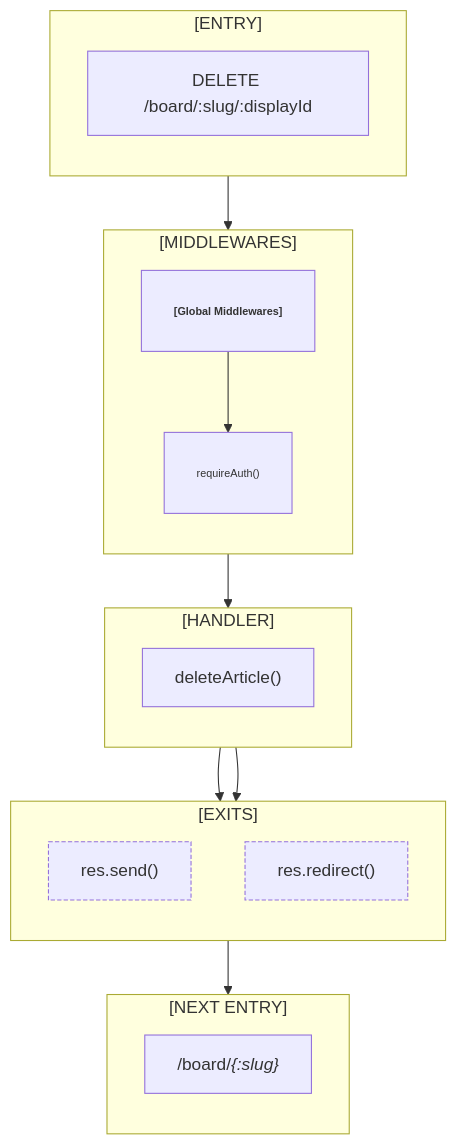
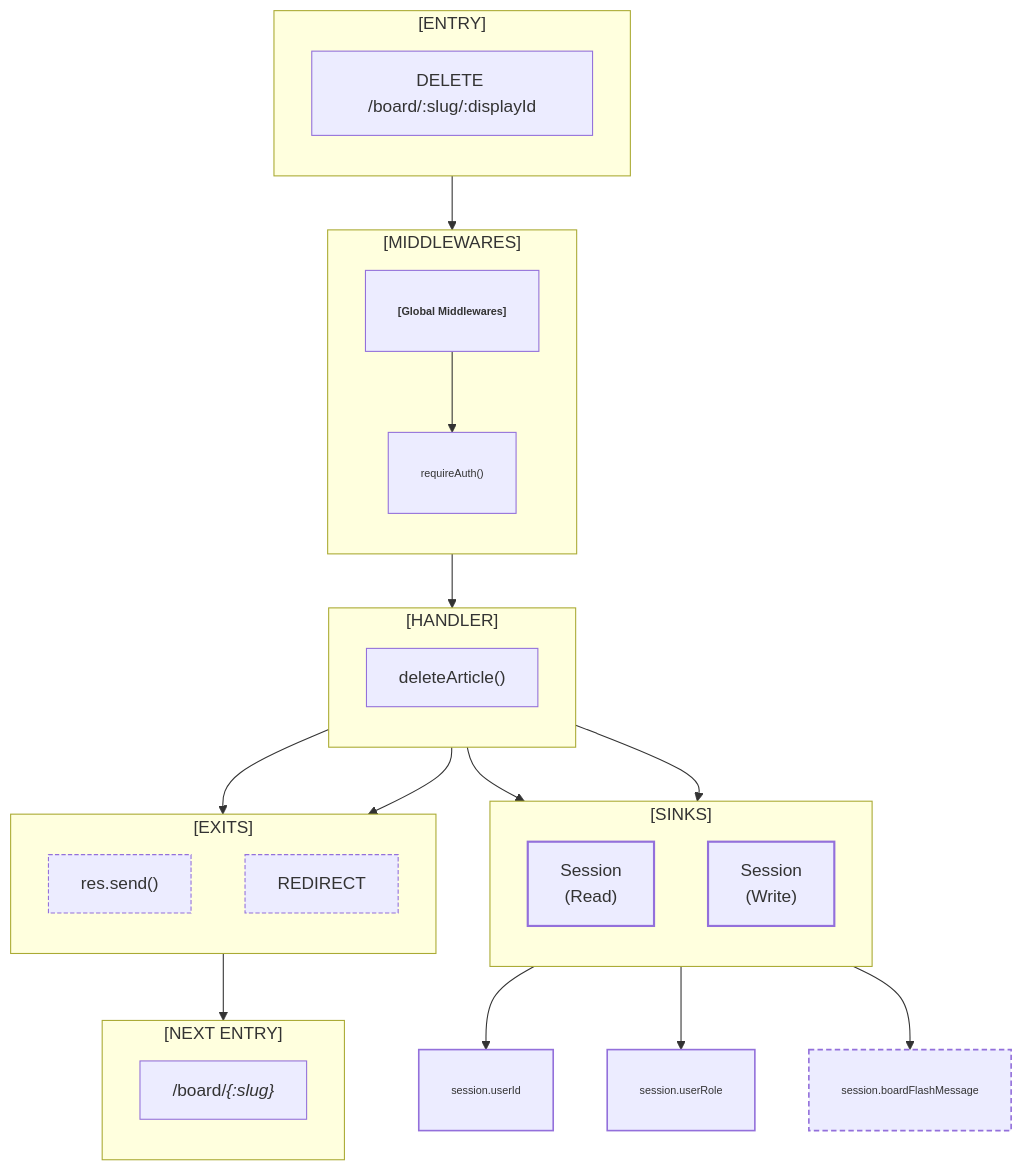
The diagram in docs/flowmap/flows/DELETE__board_slug_displayId.mmd (irondenker/my-code-my-kill), drawn with Mermaid before and after one commit. The commit also changed 25 other files, not shown here.

Commit message:
📚 Docs: Update flowmap session key styles and redirect labels

```diff
--- a/docs/flowmap/flows/DELETE__board_slug_displayId.mmd
+++ b/docs/flowmap/flows/DELETE__board_slug_displayId.mmd
@@ -1,35 +1,57 @@
 flowchart TD
 subgraph ENTRY_BLOCK["[ENTRY]"]
 direction TB
 ENTRY["DELETE /board/:slug/:displayId"]
 end
 subgraph MIDDLEWARES["[MIDDLEWARES]"]
 direction TB
 MIDDLEWARE1["<b>[Global Middlewares]</b>"]
 MIDDLEWARE2["requireAuth()"]
 end
 ENTRY --> MIDDLEWARE1
 MIDDLEWARE1 --> MIDDLEWARE2
 subgraph HANDLER_BLOCK["[HANDLER]"]
 direction TB
 HANDLER["deleteArticle()"]
 end
 MIDDLEWARE2 --> HANDLER
+subgraph SINKS["[SINKS]"]
+direction TB
+SINK1["Session<br/>(Read)"]
+SINK2["Session<br/>(Write)"]
+end
+HANDLER --> SINK1
+HANDLER --> SINK2
+SINK_READ_KEY1["session.userId"]
+SINK_READ_KEY2["session.userRole"]
+SINK1 --> SINK_READ_KEY1
+SINK1 --> SINK_READ_KEY2
+SINK_WRITE_KEY1["session.boardFlashMessage"]
+SINK2 --> SINK_WRITE_KEY1
 subgraph EXITS["[EXITS]"]
 direction TB
 EXIT1["res.send()"]
-EXIT2["res.redirect()"]
+EXIT2["REDIRECT"]
 end
 HANDLER --> EXIT1
 HANDLER --> EXIT2
 subgraph NEXT_ENTRY["[NEXT ENTRY]"]
 direction TB
 NEXT_ENTRY1["/board/<i>{:slug}</i>"]
 end
 EXIT2 --> NEXT_ENTRY1
 classDef middleware font-size:10px,padding:2px,stroke-width:1;
 classDef diagnostics stroke-dasharray: 2 2;
 classDef sink stroke-width:2;
+classDef sessionKey font-size:10px,padding:2px;
+classDef flash stroke-dasharray: 5 3,stroke-width:1.5;
+classDef auth stroke-dasharray: 0,stroke-width:1.5;
+classDef other stroke:#6b7280;
 classDef exit stroke-dasharray: 4 2;
 class MIDDLEWARE1,MIDDLEWARE2 middleware;
+class SINK1,SINK2 sink;
+class SINK_READ_KEY1,SINK_READ_KEY2 sessionKey;
+class SINK_WRITE_KEY1 sessionKey;
+class SINK_WRITE_KEY1 flash;
+class SINK_READ_KEY1,SINK_READ_KEY2 auth;
 class EXIT1,EXIT2 exit;
```
